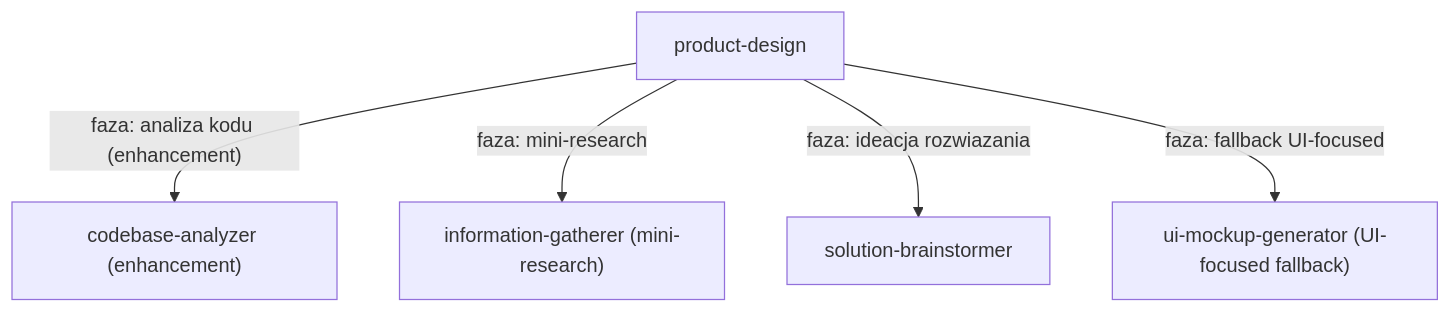
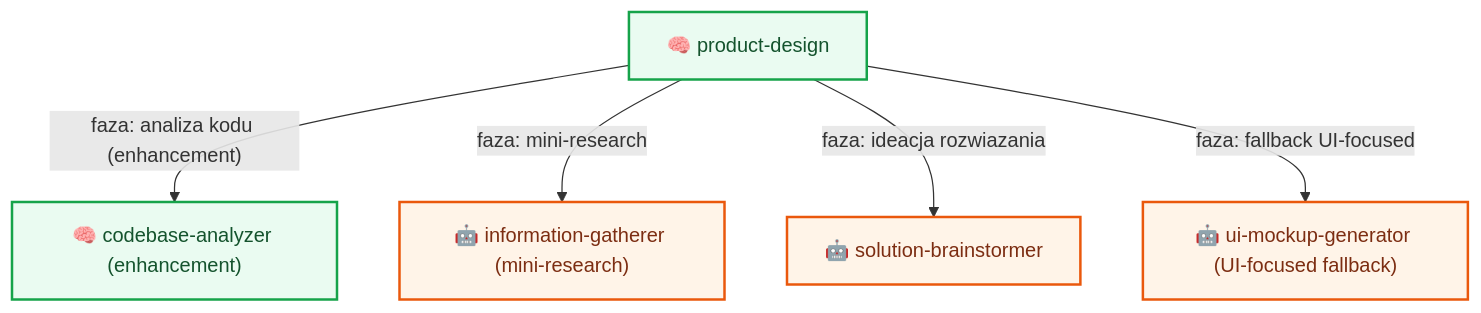
The seventh of 10 diagrams in docs/flow/workflows.md (plucins/flowbit), drawn with Mermaid before and after one commit. The commit also changed other lines of this file and 1 other file, not shown here.

Commit message:
Enhance mermaid diagrams with icons and improved formatting in overview and workflows documentation

````diff
--- a/docs/flow/workflows.md
+++ b/docs/flow/workflows.md
@@ -138,7 +172,12 @@
 ```mermaid
 graph TD
-  PD2["product-design"] -- "faza: analiza kodu (enhancement)" --> CODEBASE_PD["codebase-analyzer (enhancement)"]
-  PD2 -- "faza: mini-research" --> GATHER_PD["information-gatherer (mini-research)"]
-  PD2 -- "faza: ideacja rozwiazania" --> BRAIN_PD["solution-brainstormer"]
-  PD2 -- "faza: fallback UI-focused" --> UI_PD["ui-mockup-generator (UI-focused fallback)"]
+  PD2["🧠 product-design"] -- "faza: analiza kodu (enhancement)" --> CODEBASE_PD["🧠 codebase-analyzer (enhancement)"]
+  PD2 -- "faza: mini-research" --> GATHER_PD["🤖 information-gatherer (mini-research)"]
+  PD2 -- "faza: ideacja rozwiazania" --> BRAIN_PD["🤖 solution-brainstormer"]
+  PD2 -- "faza: fallback UI-focused" --> UI_PD["🤖 ui-mockup-generator (UI-focused fallback)"]
+
+  classDef skill fill:#EAFBF1,stroke:#16A34A,stroke-width:2px,color:#14532D;
+  classDef agent fill:#FFF4E8,stroke:#EA580C,stroke-width:2px,color:#7C2D12;
+  class PD2,CODEBASE_PD skill;
+  class GATHER_PD,BRAIN_PD,UI_PD agent;
 ```
````
